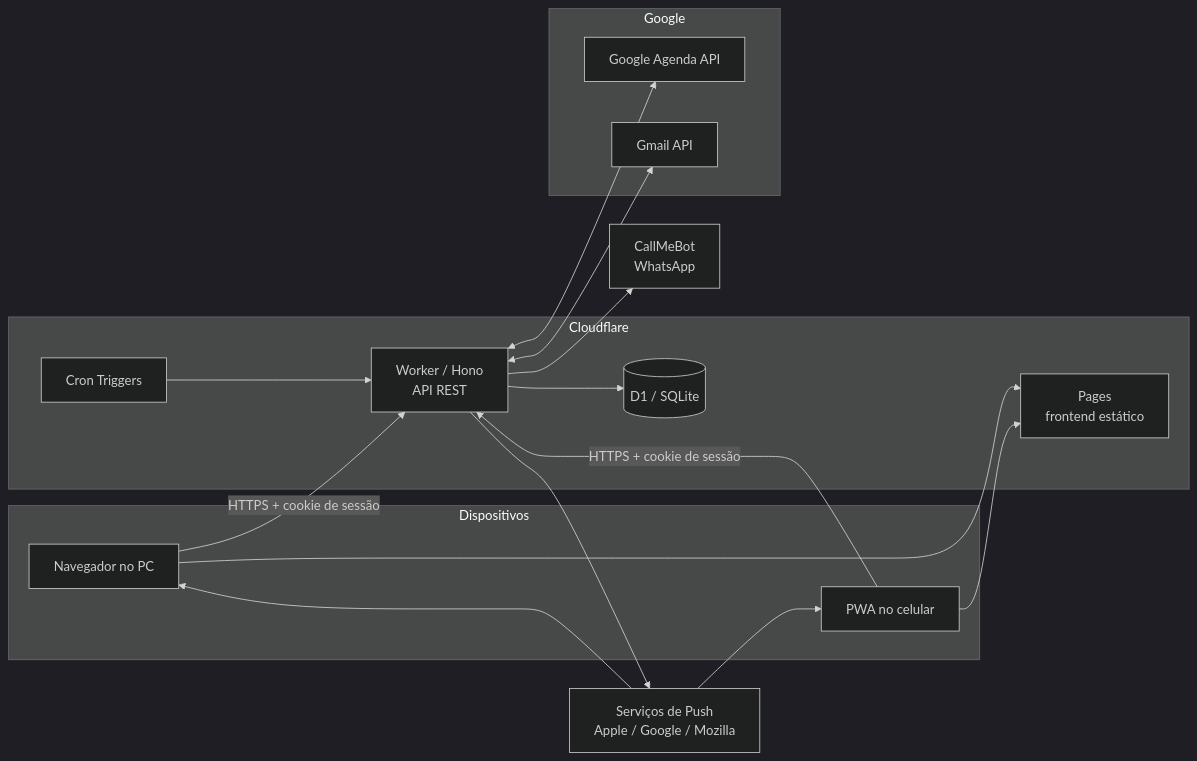
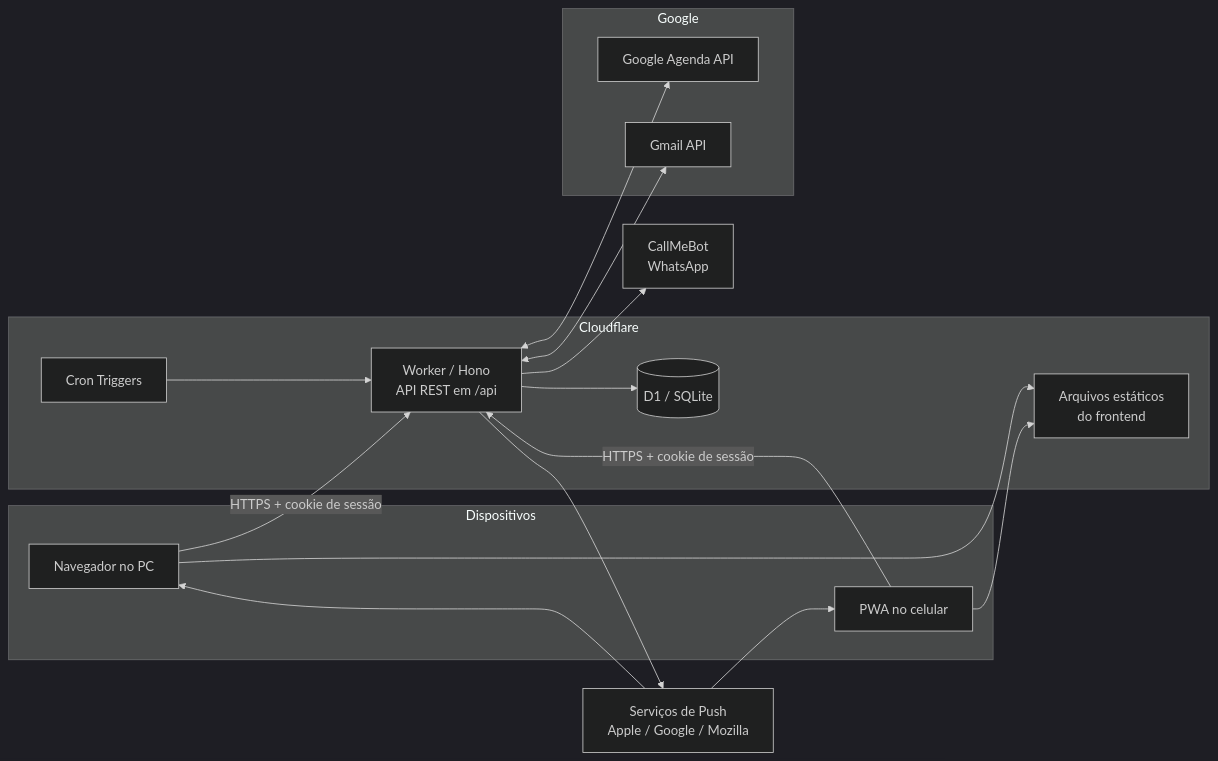
One commit to MendonzaHugo/MendonzaHugo changed the first of 2 diagrams in docs/ARQUITETURA.md. Above: the diagram before and after it, drawn with Mermaid (dark theme). The commit also changed other lines of this file and 61 other files, not shown here.

````diff
--- a/docs/ARQUITETURA.md
+++ b/docs/ARQUITETURA.md
@@ -51,31 +52,31 @@
 ```mermaid
 flowchart LR
   subgraph Dispositivos
     PC[Navegador no PC]
     CEL[PWA no celular]
   end
 
   subgraph Cloudflare
-    PAGES[Pages<br/>frontend estático]
-    API[Worker / Hono<br/>API REST]
+    PAGES[Arquivos estáticos<br/>do frontend]
+    API[Worker / Hono<br/>API REST em /api]
     CRON[Cron Triggers]
     DB[(D1 / SQLite)]
   end
 
   subgraph Google
     CAL[Google Agenda API]
     GMAIL[Gmail API]
   end
 
   WA[CallMeBot<br/>WhatsApp]
   PUSH[Serviços de Push<br/>Apple / Google / Mozilla]
 
   PC & CEL --> PAGES
   PC & CEL -- HTTPS + cookie de sessão --> API
   API --> DB
   CRON --> API
   API <--> CAL
   API <--> GMAIL
   API --> WA
   API --> PUSH --> PC & CEL
 ```
````
